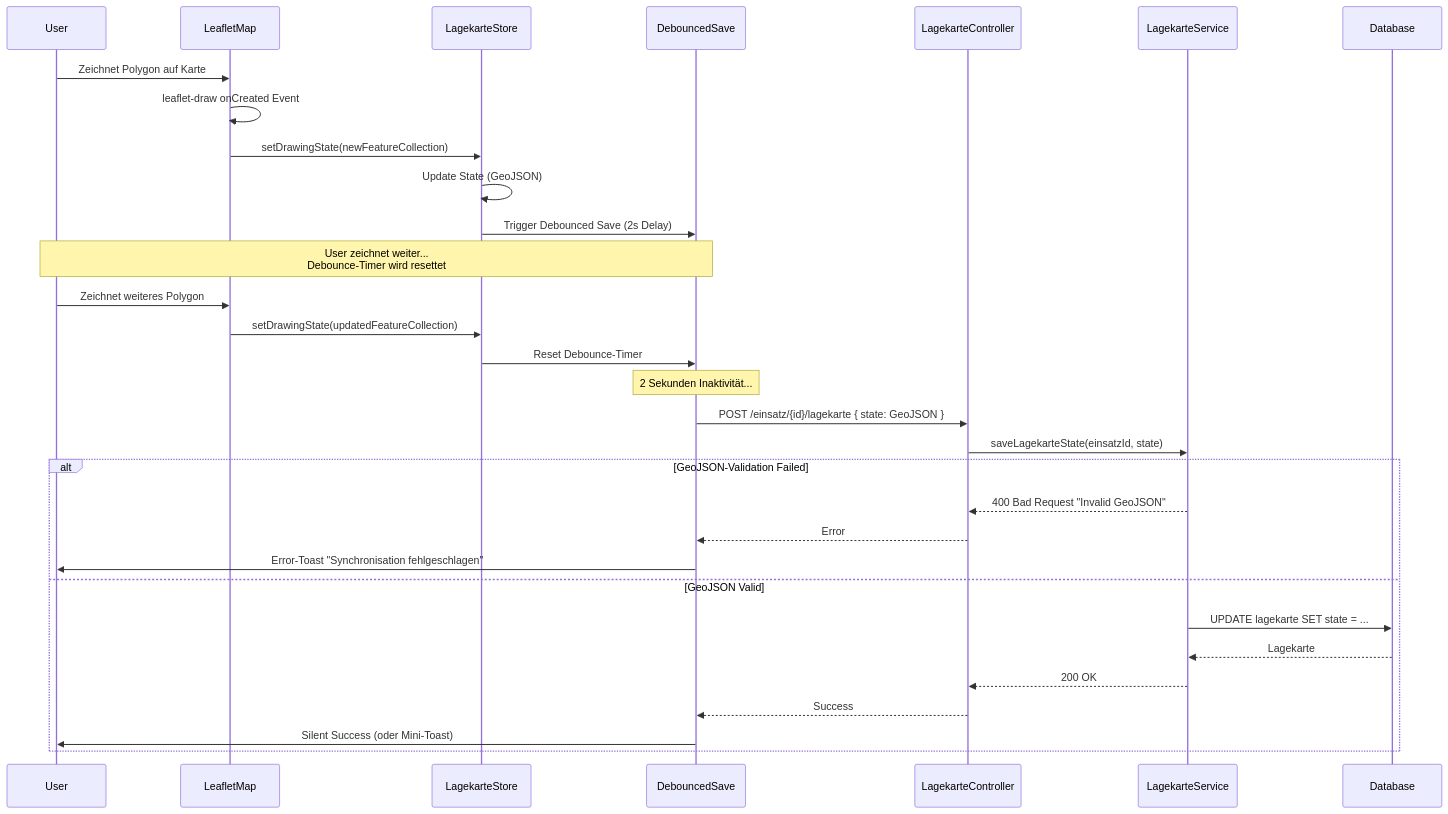
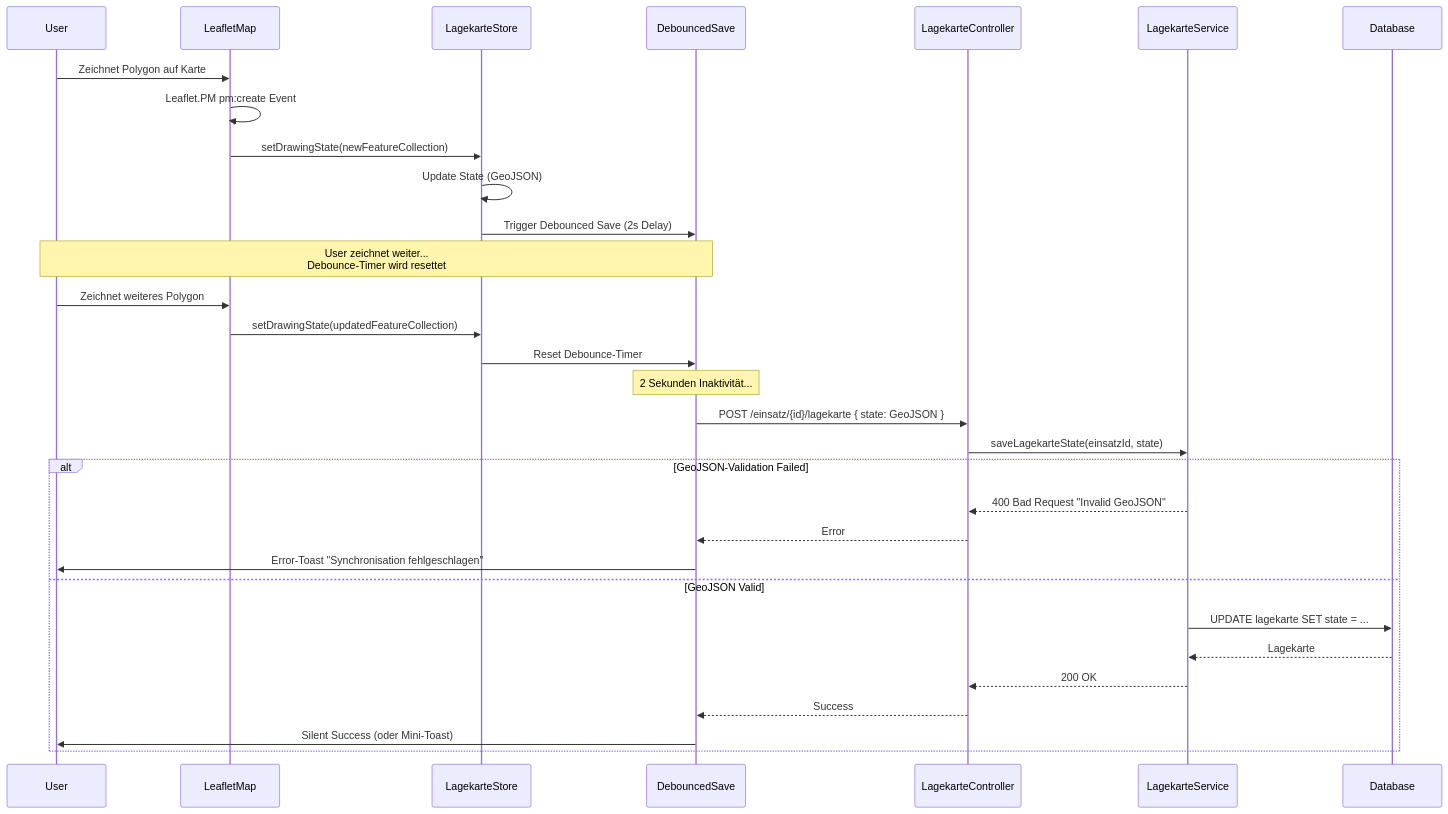
The fourth of 4 diagrams in docs/bmad/features/lagekarte/9-core-workflows-sequence-diagrams.md (bluelight-hub/app), drawn with Mermaid before and after one commit. The commit also changed 15 other files, not shown here.

````diff
--- a/docs/bmad/features/lagekarte/9-core-workflows-sequence-diagrams.md
+++ b/docs/bmad/features/lagekarte/9-core-workflows-sequence-diagrams.md
@@ -153,40 +153,40 @@
 ```mermaid
 sequenceDiagram
     participant User
     participant LeafletMap
     participant LagekarteStore
     participant DebouncedSave
     participant LagekarteController
     participant LagekarteService
     participant Database
 
     User->>LeafletMap: Zeichnet Polygon auf Karte
-    LeafletMap->>LeafletMap: leaflet-draw onCreated Event
+    LeafletMap->>LeafletMap: Leaflet.PM pm:create Event
     LeafletMap->>LagekarteStore: setDrawingState(newFeatureCollection)
 
     LagekarteStore->>LagekarteStore: Update State (GeoJSON)
     LagekarteStore->>DebouncedSave: Trigger Debounced Save (2s Delay)
 
     Note over User,DebouncedSave: User zeichnet weiter...<br/>Debounce-Timer wird resettet
 
     User->>LeafletMap: Zeichnet weiteres Polygon
     LeafletMap->>LagekarteStore: setDrawingState(updatedFeatureCollection)
     LagekarteStore->>DebouncedSave: Reset Debounce-Timer
 
     Note over DebouncedSave: 2 Sekunden Inaktivität...
 
     DebouncedSave->>LagekarteController: POST /einsatz/{id}/lagekarte { state: GeoJSON }
     LagekarteController->>LagekarteService: saveLagekarteState(einsatzId, state)
 
     alt GeoJSON-Validation Failed
         LagekarteService-->>LagekarteController: 400 Bad Request "Invalid GeoJSON"
         LagekarteController-->>DebouncedSave: Error
         DebouncedSave->>User: Error-Toast "Synchronisation fehlgeschlagen"
     else GeoJSON Valid
         LagekarteService->>Database: UPDATE lagekarte SET state = ...
         Database-->>LagekarteService: Lagekarte
         LagekarteService-->>LagekarteController: 200 OK
         LagekarteController-->>DebouncedSave: Success
         DebouncedSave->>User: Silent Success (oder Mini-Toast)
     end
 ```
````
